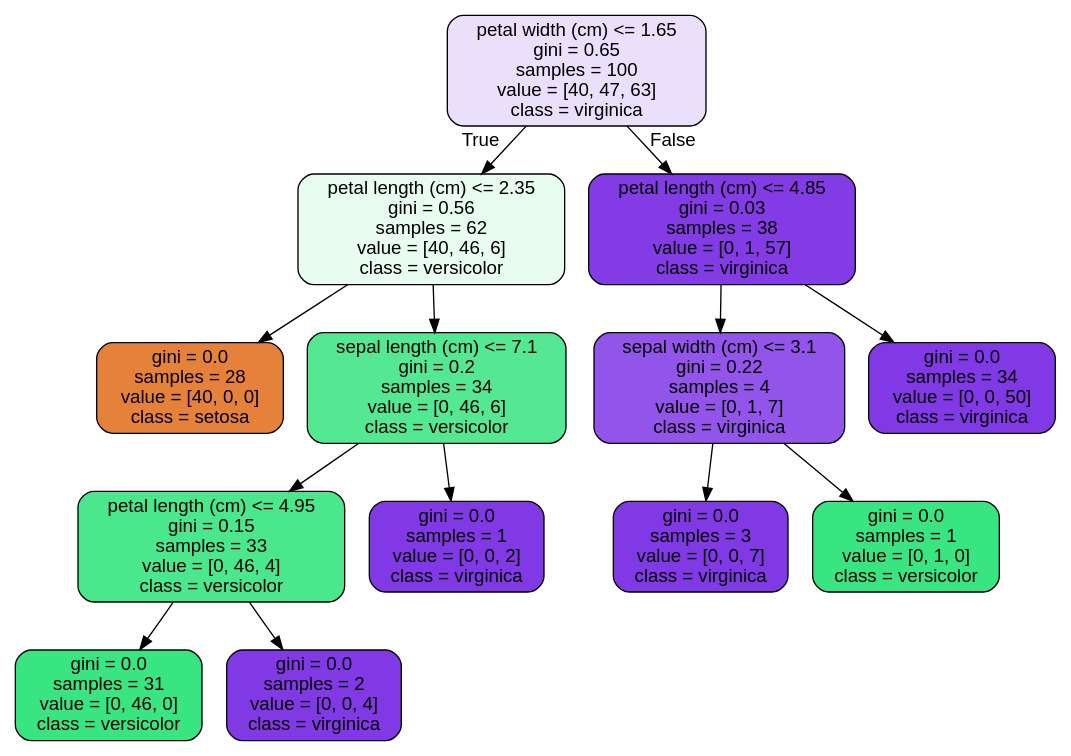
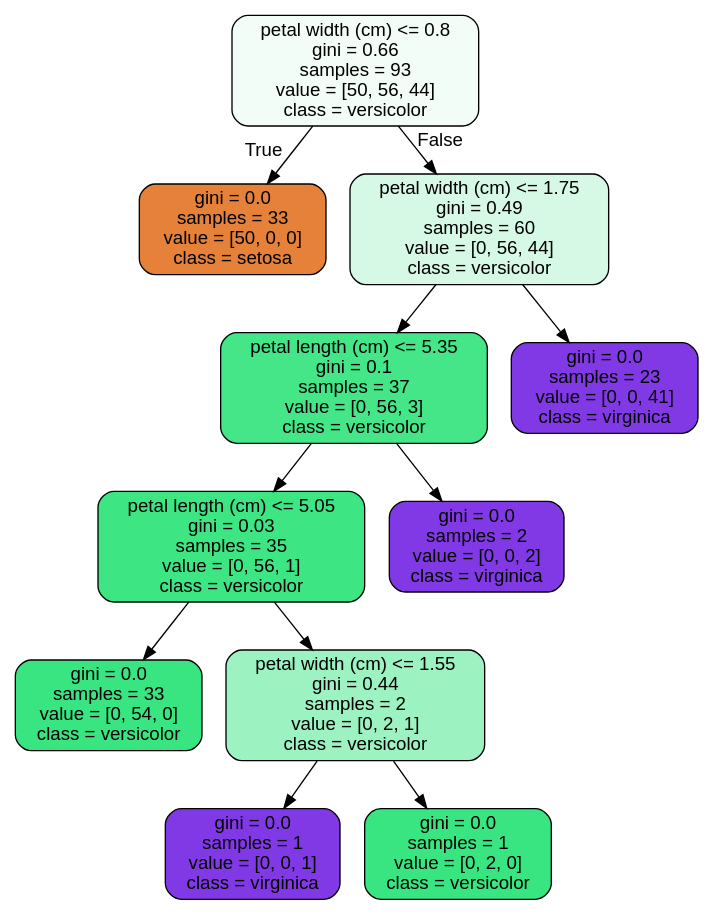
Before and after one commit to aliatabay1/Springboard_datascience: the diagram in Unit 14/RandomForest Covid Case Study/tree.dot, drawn with Graphviz. The commit also changed 6 other files, not shown here.

```diff
--- a/Unit 14/RandomForest Covid Case Study/tree.dot
+++ b/Unit 14/RandomForest Covid Case Study/tree.dot
@@ -1,29 +1,25 @@
 digraph Tree {
 node [shape=box, style="filled, rounded", color="black", fontname=helvetica] ;
 edge [fontname=helvetica] ;
-0 [label="petal width (cm) <= 1.65\ngini = 0.65\nsamples = 100\nvalue = [40, 47, 63]\nclass = virginica", fillcolor="#ebe0fb"] ;
-1 [label="petal length (cm) <= 2.35\ngini = 0.56\nsamples = 62\nvalue = [40, 46, 6]\nclass = versicolor", fillcolor="#e8fcf0"] ;
+0 [label="petal width (cm) <= 0.8\ngini = 0.66\nsamples = 93\nvalue = [50, 56, 44]\nclass = versicolor", fillcolor="#f3fdf7"] ;
+1 [label="gini = 0.0\nsamples = 33\nvalue = [50, 0, 0]\nclass = setosa", fillcolor="#e58139"] ;
 0 -> 1 [labeldistance=2.5, labelangle=45, headlabel="True"] ;
-2 [label="gini = 0.0\nsamples = 28\nvalue = [40, 0, 0]\nclass = setosa", fillcolor="#e58139"] ;
-1 -> 2 ;
-3 [label="sepal length (cm) <= 7.1\ngini = 0.2\nsamples = 34\nvalue = [0, 46, 6]\nclass = versicolor", fillcolor="#53e891"] ;
-1 -> 3 ;
-4 [label="petal length (cm) <= 4.95\ngini = 0.15\nsamples = 33\nvalue = [0, 46, 4]\nclass = versicolor", fillcolor="#4ae78c"] ;
+2 [label="petal width (cm) <= 1.75\ngini = 0.49\nsamples = 60\nvalue = [0, 56, 44]\nclass = versicolor", fillcolor="#d5f9e4"] ;
+0 -> 2 [labeldistance=2.5, labelangle=-45, headlabel="False"] ;
+3 [label="petal length (cm) <= 5.35\ngini = 0.1\nsamples = 37\nvalue = [0, 56, 3]\nclass = versicolor", fillcolor="#44e688"] ;
+2 -> 3 ;
+4 [label="petal length (cm) <= 5.05\ngini = 0.03\nsamples = 35\nvalue = [0, 56, 1]\nclass = versicolor", fillcolor="#3de583"] ;
 3 -> 4 ;
-5 [label="gini = 0.0\nsamples = 31\nvalue = [0, 46, 0]\nclass = versicolor", fillcolor="#39e581"] ;
+5 [label="gini = 0.0\nsamples = 33\nvalue = [0, 54, 0]\nclass = versicolor", fillcolor="#39e581"] ;
 4 -> 5 ;
-6 [label="gini = 0.0\nsamples = 2\nvalue = [0, 0, 4]\nclass = virginica", fillcolor="#8139e5"] ;
+6 [label="petal width (cm) <= 1.55\ngini = 0.44\nsamples = 2\nvalue = [0, 2, 1]\nclass = versicolor", fillcolor="#9cf2c0"] ;
 4 -> 6 ;
-7 [label="gini = 0.0\nsamples = 1\nvalue = [0, 0, 2]\nclass = virginica", fillcolor="#8139e5"] ;
-3 -> 7 ;
-8 [label="petal length (cm) <= 4.85\ngini = 0.03\nsamples = 38\nvalue = [0, 1, 57]\nclass = virginica", fillcolor="#833ce5"] ;
-0 -> 8 [labeldistance=2.5, labelangle=-45, headlabel="False"] ;
-9 [label="sepal width (cm) <= 3.1\ngini = 0.22\nsamples = 4\nvalue = [0, 1, 7]\nclass = virginica", fillcolor="#9355e9"] ;
-8 -> 9 ;
-10 [label="gini = 0.0\nsamples = 3\nvalue = [0, 0, 7]\nclass = virginica", fillcolor="#8139e5"] ;
-9 -> 10 ;
-11 [label="gini = 0.0\nsamples = 1\nvalue = [0, 1, 0]\nclass = versicolor", fillcolor="#39e581"] ;
-9 -> 11 ;
-12 [label="gini = 0.0\nsamples = 34\nvalue = [0, 0, 50]\nclass = virginica", fillcolor="#8139e5"] ;
-8 -> 12 ;
+7 [label="gini = 0.0\nsamples = 1\nvalue = [0, 0, 1]\nclass = virginica", fillcolor="#8139e5"] ;
+6 -> 7 ;
+8 [label="gini = 0.0\nsamples = 1\nvalue = [0, 2, 0]\nclass = versicolor", fillcolor="#39e581"] ;
+6 -> 8 ;
+9 [label="gini = 0.0\nsamples = 2\nvalue = [0, 0, 2]\nclass = virginica", fillcolor="#8139e5"] ;
+3 -> 9 ;
+10 [label="gini = 0.0\nsamples = 23\nvalue = [0, 0, 41]\nclass = virginica", fillcolor="#8139e5"] ;
+2 -> 10 ;
 }
```
